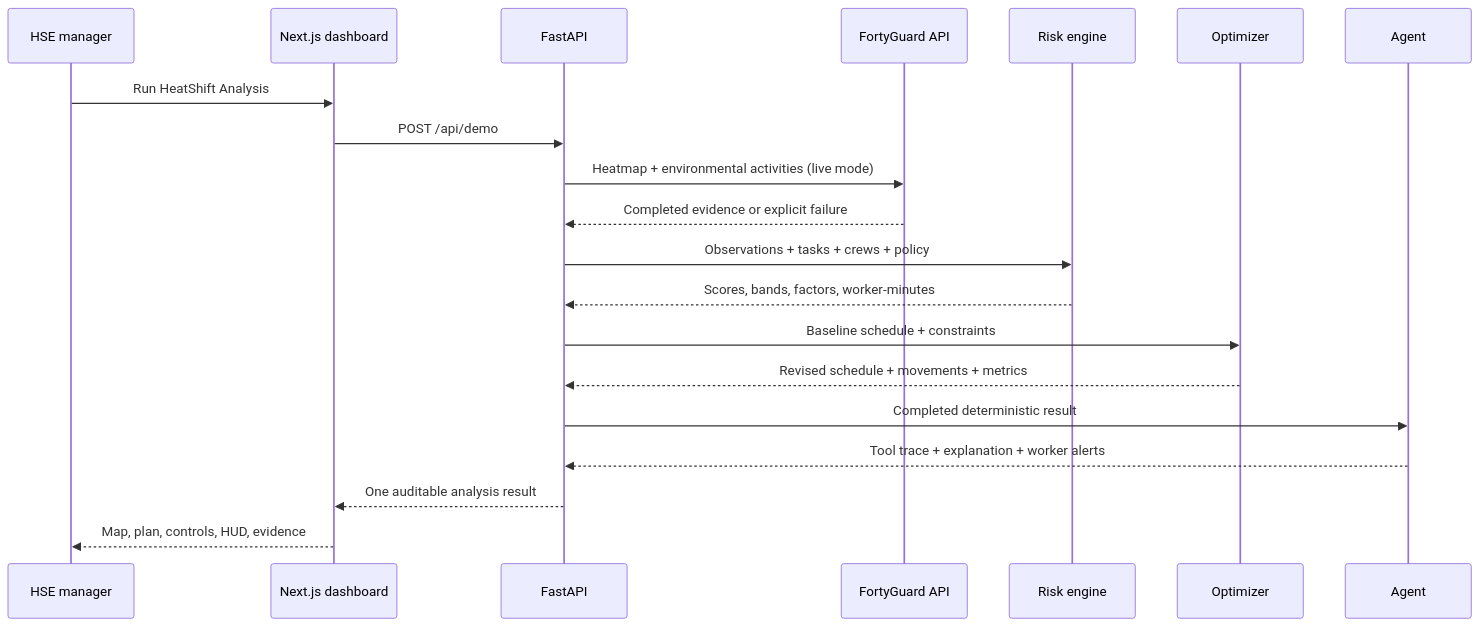
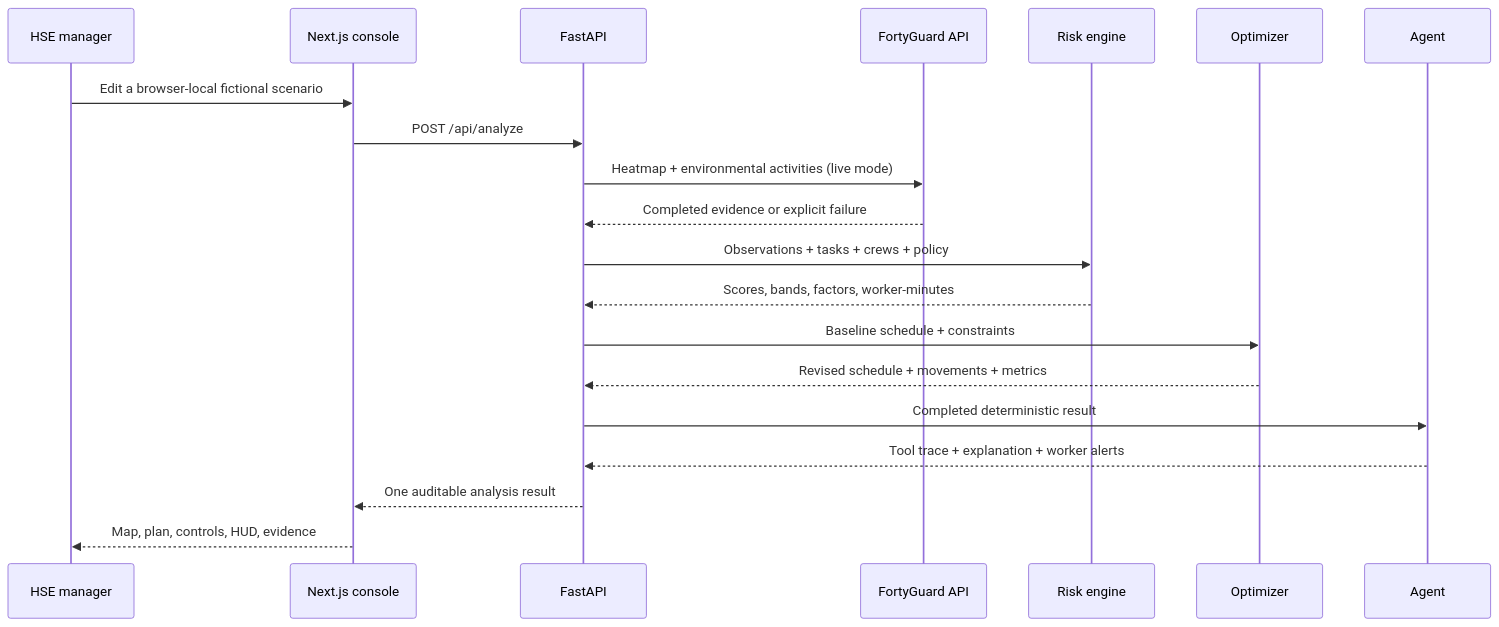
The diagram in docs/architecture.md (SilentKnight742/heatshift-ai), drawn with Mermaid before and after one commit. The commit also changed other lines of this file and 23 other files, not shown here.

Commit message:
feat: launch evidence homepage and scenario console

````diff
--- a/docs/architecture.md
+++ b/docs/architecture.md
@@ -5,23 +5,23 @@
 ```mermaid
 sequenceDiagram
     participant M as HSE manager
-    participant UI as Next.js dashboard
+    participant UI as Next.js console
     participant API as FastAPI
     participant FG as FortyGuard API
     participant R as Risk engine
     participant O as Optimizer
     participant A as Agent
 
-    M->>UI: Run HeatShift Analysis
-    UI->>API: POST /api/demo
+    M->>UI: Edit a browser-local fictional scenario
+    UI->>API: POST /api/analyze
     API->>FG: Heatmap + environmental activities (live mode)
     FG-->>API: Completed evidence or explicit failure
     API->>R: Observations + tasks + crews + policy
     R-->>API: Scores, bands, factors, worker-minutes
     API->>O: Baseline schedule + constraints
     O-->>API: Revised schedule + movements + metrics
     API->>A: Completed deterministic result
     A-->>API: Tool trace + explanation + worker alerts
     API-->>UI: One auditable analysis result
     UI-->>M: Map, plan, controls, HUD, evidence
 ```
````
